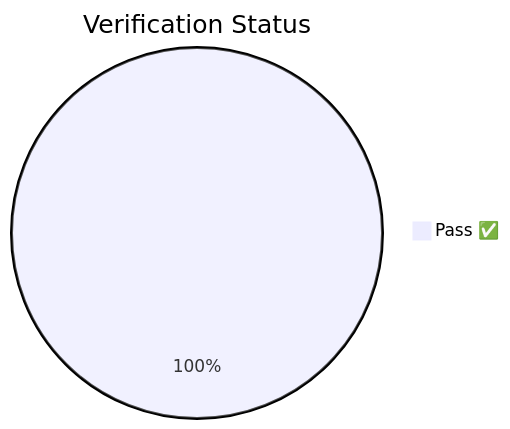
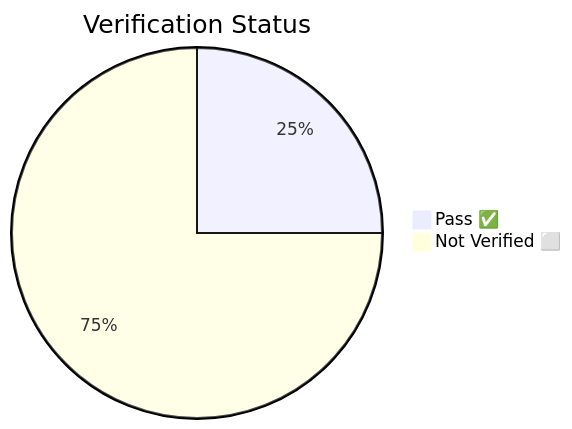
One commit to martonbence/Detection-Engineering changed the first of 3 diagrams in README.md. Above: the diagram before and after it, drawn with Mermaid. The commit also changed other lines of this file and 2 other files, not shown here.

````diff
--- a/README.md
+++ b/README.md
@@ -12,4 +12,5 @@
 ```mermaid
 pie title Verification Status
-    "Pass ✅" : 4
+    "Pass ✅" : 1
+    "Not Verified ⬜" : 3
 ```
````
